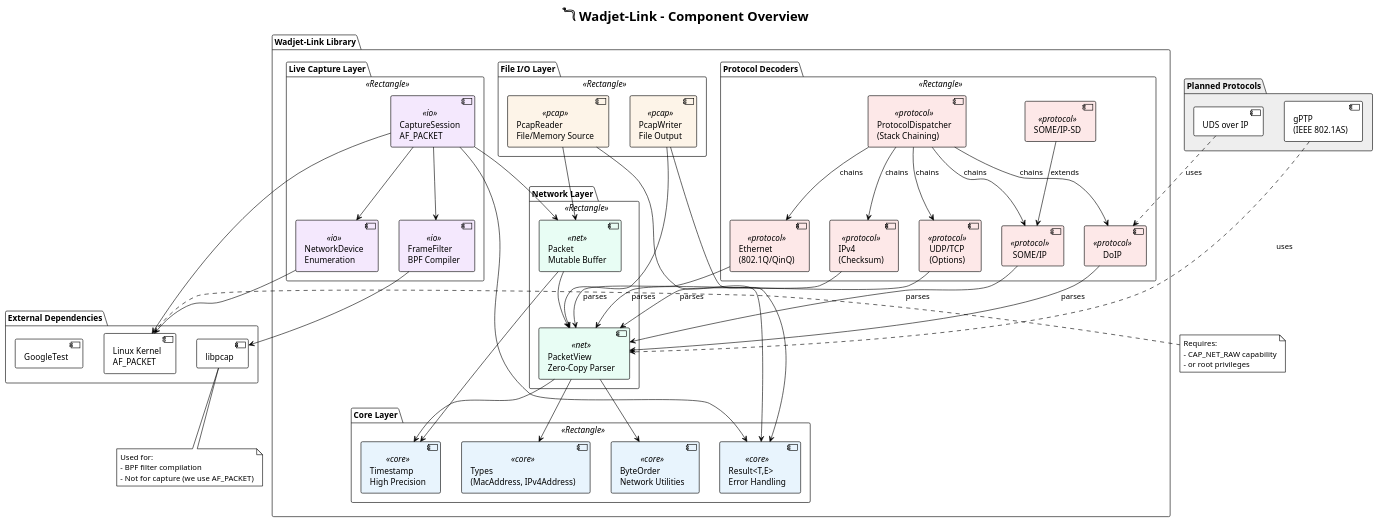
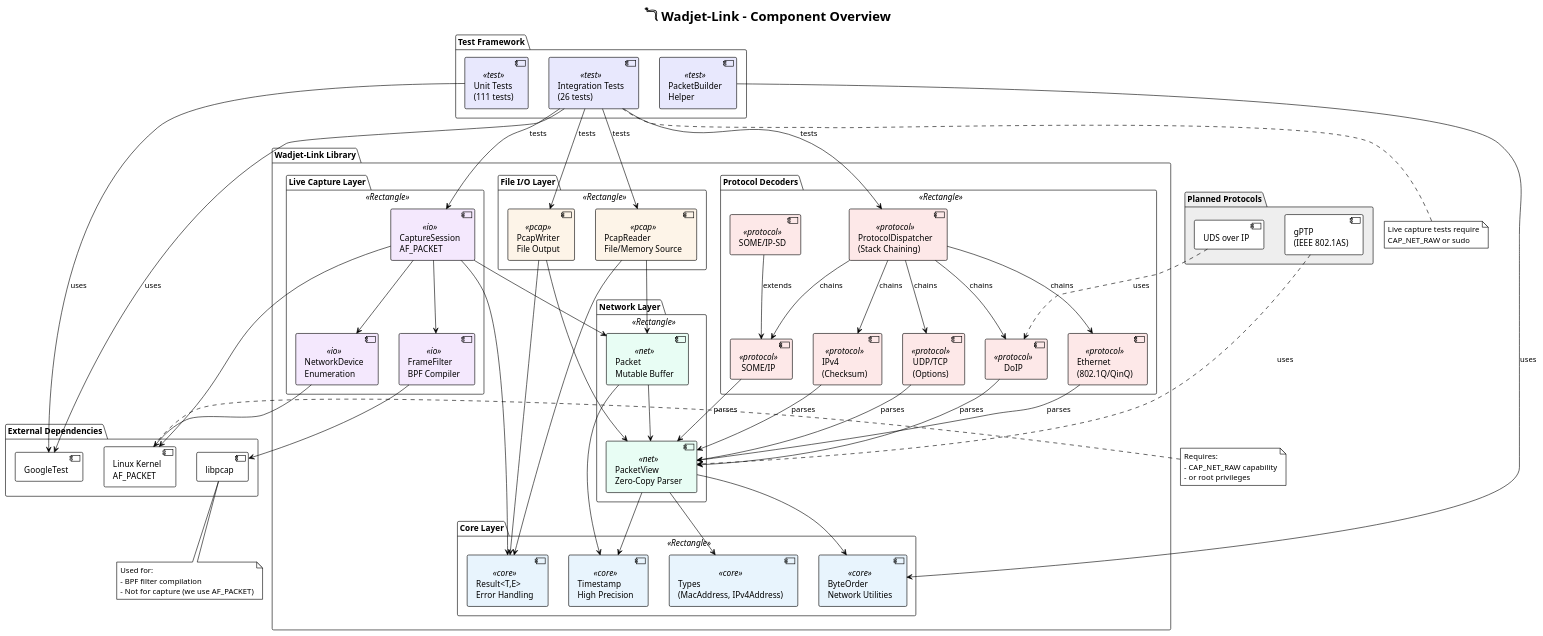
Before and after one commit to mm0rsy/Wadjet-Link: the diagram in architecture/component_overview.puml, drawn with PlantUML. The commit also changed 4 other files, not shown here.

First line of the commit message:
Add test architecture diagrams and update existing diagrams

```diff
--- a/architecture/component_overview.puml
+++ b/architecture/component_overview.puml
@@ -1,114 +1,134 @@
 @startuml component_overview
 !theme plain
 title 𓆓 Wadjet-Link - Component Overview
 
 skinparam componentStyle uml2
 skinparam backgroundColor white
 skinparam component {
     BackgroundColor<<core>> #E8F4FD
     BackgroundColor<<net>> #E8FDF4
     BackgroundColor<<pcap>> #FDF4E8
     BackgroundColor<<io>> #F4E8FD
     BackgroundColor<<protocol>> #FDE8E8
     BackgroundColor<<test>> #E8E8FD
 }
 
 package "Wadjet-Link Library" {
     
     package "Core Layer" <<Rectangle>> {
         component [Types\n(MacAddress, IPv4Address)] as Types <<core>>
         component [Result<T,E>\nError Handling] as Result <<core>>
         component [Timestamp\nHigh Precision] as Timestamp <<core>>
         component [ByteOrder\nNetwork Utilities] as ByteOrder <<core>>
     }
     
     package "Network Layer" <<Rectangle>> {
         component [PacketView\nZero-Copy Parser] as PacketView <<net>>
         component [Packet\nMutable Buffer] as Packet <<net>>
     }
     
     package "File I/O Layer" <<Rectangle>> {
         component [PcapReader\nFile/Memory Source] as PcapReader <<pcap>>
         component [PcapWriter\nFile Output] as PcapWriter <<pcap>>
     }
     
     package "Live Capture Layer" <<Rectangle>> {
         component [CaptureSession\nAF_PACKET] as Capture <<io>>
         component [NetworkDevice\nEnumeration] as Device <<io>>
         component [FrameFilter\nBPF Compiler] as Filter <<io>>
     }
     
     package "Protocol Decoders" <<Rectangle>> {
         component [Ethernet\n(802.1Q/QinQ)] as Ethernet <<protocol>>
         component [IPv4\n(Checksum)] as IPv4 <<protocol>>
         component [UDP/TCP\n(Options)] as Transport <<protocol>>
         component [SOME/IP] as SOMEIP <<protocol>>
         component [SOME/IP-SD] as SOMEIPSD <<protocol>>
         component [DoIP] as DoIP <<protocol>>
         component [ProtocolDispatcher\n(Stack Chaining)] as Dispatcher <<protocol>>
     }
 }
 
 package "Planned Protocols" #EEEEEE {
     component [gPTP\n(IEEE 802.1AS)] as gPTP
     component [UDS over IP] as UDS
 }
 
 package "External Dependencies" {
     component [libpcap] as libpcap
     component [Linux Kernel\nAF_PACKET] as Kernel
     component [GoogleTest] as GTest
 }
 
 ' Core dependencies
 PacketView --> Types
 PacketView --> ByteOrder
 PacketView --> Timestamp
 Packet --> PacketView
 Packet --> Timestamp
 
 ' PCAP dependencies
 PcapReader --> Packet
 PcapReader --> Result
 PcapWriter --> PacketView
 PcapWriter --> Result
 
 ' I/O dependencies
 Capture --> Packet
 Capture --> Filter
 Capture --> Device
 Capture --> Result
 Filter --> libpcap
 Device --> Kernel
 Capture --> Kernel
 
 ' Protocol dependencies
 Ethernet --> PacketView : parses
 IPv4 --> PacketView : parses
 Transport --> PacketView : parses
 SOMEIP --> PacketView : parses
 SOMEIPSD --> SOMEIP : extends
 DoIP --> PacketView : parses
 Dispatcher --> Ethernet : chains
 Dispatcher --> IPv4 : chains
 Dispatcher --> Transport : chains
 Dispatcher --> SOMEIP : chains
 Dispatcher --> DoIP : chains
 
 ' Planned protocol dependencies
 UDS ..> DoIP : uses
 gPTP ..> PacketView : uses
 
+package "Test Framework" {
+    component [Unit Tests\n(111 tests)] as UnitTests <<test>>
+    component [Integration Tests\n(26 tests)] as IntegTests <<test>>
+    component [PacketBuilder\nHelper] as PktBuilder <<test>>
+}
+
+' Test dependencies
+UnitTests --> GTest : uses
+IntegTests --> GTest : uses
+IntegTests --> Dispatcher : tests
+IntegTests --> PcapReader : tests
+IntegTests --> PcapWriter : tests
+IntegTests --> Capture : tests
+PktBuilder --> ByteOrder : uses
+
 note right of Kernel
   Requires:
   - CAP_NET_RAW capability
   - or root privileges
 end note
 
 note bottom of libpcap
   Used for:
   - BPF filter compilation
   - Not for capture (we use AF_PACKET)
 end note
 
+note bottom of IntegTests
+  Live capture tests require
+  CAP_NET_RAW or sudo
+end note
+
 @enduml
```
